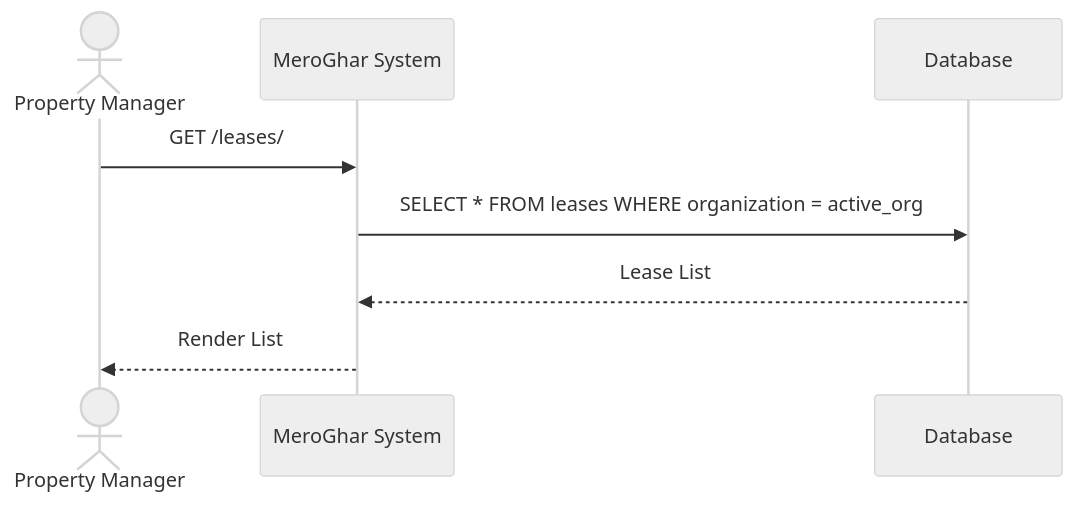
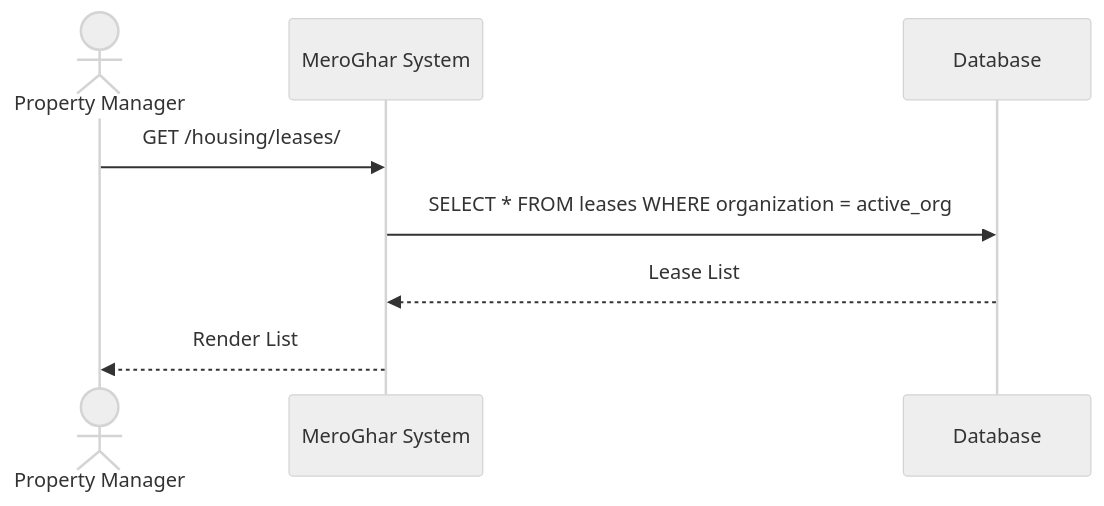
The first of 4 diagrams in docs/workflows/lease.md (0Ankit0/meroghar), drawn with Mermaid (neutral theme) before and after one commit. The commit also changed other lines of this file and 12 other files, not shown here.

````diff
--- a/docs/workflows/lease.md
+++ b/docs/workflows/lease.md
@@ -14,11 +14,11 @@
 ```mermaid
 sequenceDiagram
     actor Manager as Property Manager
     participant System as MeroGhar System
     participant DB as Database
 
-    Manager->>System: GET /leases/
+    Manager->>System: GET /housing/leases/
     System->>DB: SELECT * FROM leases WHERE organization = active_org
     DB-->>System: Lease List
     System-->>Manager: Render List
 ```
````
